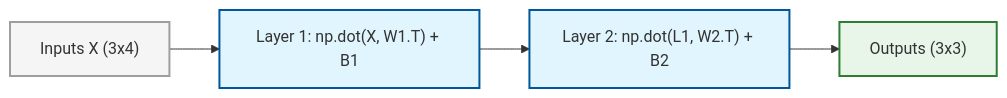
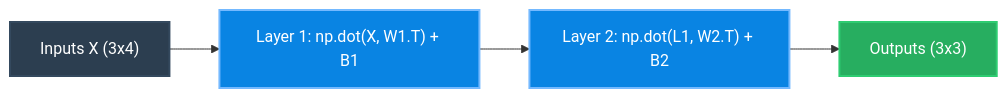
Before and after one commit to holycompile/Neural_Networks_from_Scratch: the fifth of 10 diagrams in README.md, drawn with Mermaid. The commit also changed other lines of this file, not shown here.

````diff
--- a/README.md
+++ b/README.md
@@ -135,11 +141,11 @@
 ```mermaid
 graph LR
     Inputs["Inputs X (3x4)"] --> L1["Layer 1: np.dot(X, W1.T) + B1"]
     L1 --> L2["Layer 2: np.dot(L1, W2.T) + B2"]
     L2 --> Out["Outputs (3x3)"]
     
-    style Inputs fill:#f5f5f5,stroke:#9e9e9e,stroke-width:2px;
-    style L1 fill:#e1f5fe,stroke:#01579b,stroke-width:2px;
-    style L2 fill:#e1f5fe,stroke:#01579b,stroke-width:2px;
-    style Out fill:#e8f5e9,stroke:#2e7d32,stroke-width:2px;
+    style Inputs fill:#2c3e50,stroke:#34495e,stroke-width:2px,color:#fff;
+    style L1 fill:#0984e3,stroke:#74b9ff,stroke-width:2px,color:#fff;
+    style L2 fill:#0984e3,stroke:#74b9ff,stroke-width:2px,color:#fff;
+    style Out fill:#27ae60,stroke:#2ecc71,stroke-width:2px,color:#fff;
 ```
````
